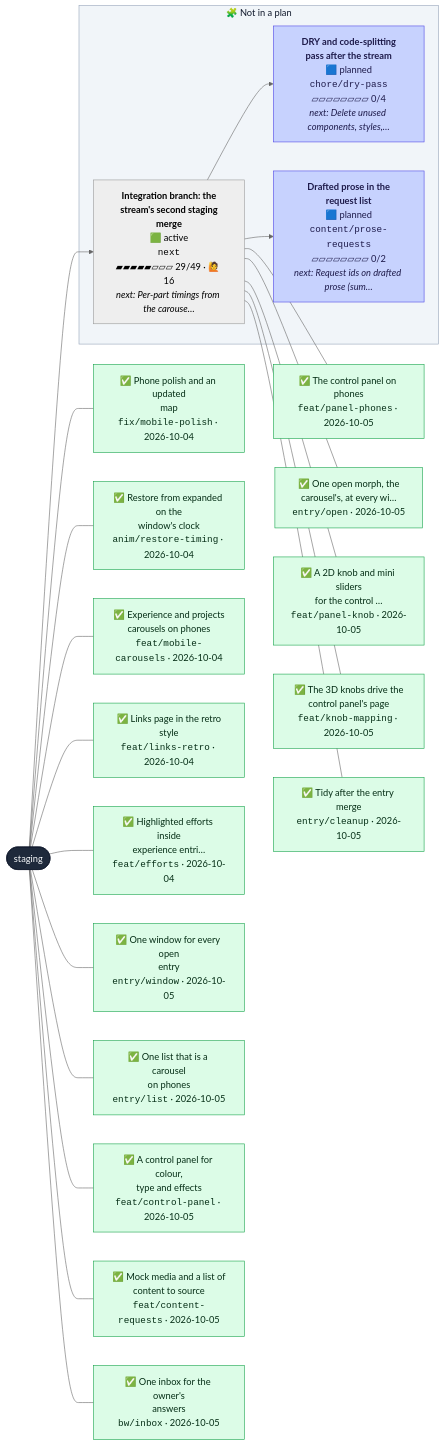
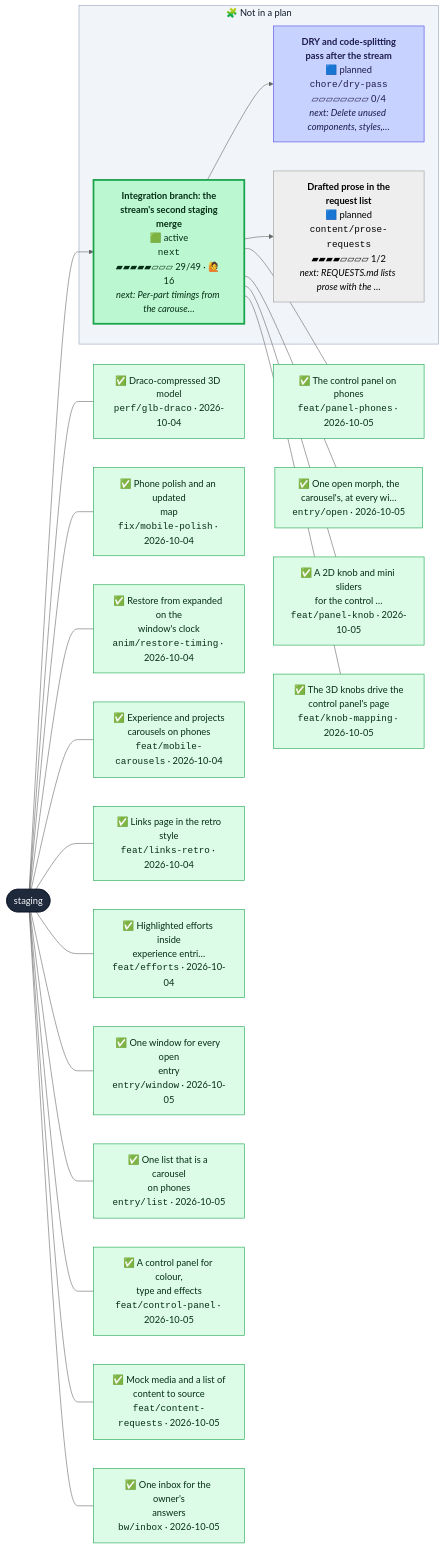
Before and after one commit to henryjonescodes/portfolio: the second of 2 diagrams in CONTRIBUTING.md, drawn with Mermaid (neutral theme). The commit also changed other lines of this file and 2 other files, not shown here.

````diff
--- a/CONTRIBUTING.md
+++ b/CONTRIBUTING.md
@@ -57,71 +57,71 @@
 ```mermaid
 flowchart LR
   n_staging([staging])
   class n_staging trunk
   subgraph loose["🧩 Not in a plan"]
     n_chore_dry_pass["<b>DRY and code-splitting<br/>pass after the stream</b><br/>🟦 planned<br/><code>chore/dry-pass</code><br/>▱▱▱▱▱▱▱▱ 0/4<br/><i>next: Delete unused components, styles,…</i>"]
     class n_chore_dry_pass planned
-    n_content_prose_requests["<b>Drafted prose in the<br/>request list</b><br/>🟦 planned<br/><code>content/prose-requests</code><br/>▱▱▱▱▱▱▱▱ 0/2<br/><i>next: Request ids on drafted prose (sum…</i>"]
-    class n_content_prose_requests planned
+    n_content_prose_requests["<b>Drafted prose in the<br/>request list</b><br/>🟦 planned<br/><code>content/prose-requests</code><br/>▰▰▰▰▱▱▱▱ 1/2<br/><i>next: REQUESTS.md lists prose with the …</i>"]
+    class n_content_prose_requests planned,current
     n_next["<b>Integration branch: the<br/>stream's second staging<br/>merge</b><br/>🟩 active<br/><code>next</code><br/>▰▰▰▰▰▱▱▱ 29/49 · 🙋 16<br/><i>next: Per-part timings from the carouse…</i>"]
-    class n_next active,current
+    class n_next active
   end
   style loose fill:#f1f5f9,stroke:#94a3b8,color:#0f172a
   n_next --> n_chore_dry_pass
   n_next --> n_content_prose_requests
   n_staging --> n_next
-  landed_0["✅ Phone polish and an updated<br/>map<br/><code>fix/mobile-polish</code> · 2026-10-04"]
+  landed_0["✅ Draco-compressed 3D model<br/><code>perf/glb-draco</code> · 2026-10-04"]
   class landed_0 merged
   n_staging --- landed_0
-  landed_1["✅ Restore from expanded on the<br/>window's clock<br/><code>anim/restore-timing</code> · 2026-10-04"]
+  landed_1["✅ Phone polish and an updated<br/>map<br/><code>fix/mobile-polish</code> · 2026-10-04"]
   class landed_1 merged
   n_staging --- landed_1
-  landed_2["✅ Experience and projects<br/>carousels on phones<br/><code>feat/mobile-carousels</code> · 2026-10-04"]
+  landed_2["✅ Restore from expanded on the<br/>window's clock<br/><code>anim/restore-timing</code> · 2026-10-04"]
   class landed_2 merged
   n_staging --- landed_2
-  landed_3["✅ Links page in the retro<br/>style<br/><code>feat/links-retro</code> · 2026-10-04"]
+  landed_3["✅ Experience and projects<br/>carousels on phones<br/><code>feat/mobile-carousels</code> · 2026-10-04"]
   class landed_3 merged
   n_staging --- landed_3
-  landed_4["✅ Highlighted efforts inside<br/>experience entri…<br/><code>feat/efforts</code> · 2026-10-04"]
+  landed_4["✅ Links page in the retro<br/>style<br/><code>feat/links-retro</code> · 2026-10-04"]
   class landed_4 merged
   n_staging --- landed_4
-  landed_5["✅ One window for every open<br/>entry<br/><code>entry/window</code> · 2026-10-05"]
+  landed_5["✅ Highlighted efforts inside<br/>experience entri…<br/><code>feat/efforts</code> · 2026-10-04"]
   class landed_5 merged
   n_staging --- landed_5
-  landed_6["✅ One list that is a carousel<br/>on phones<br/><code>entry/list</code> · 2026-10-05"]
+  landed_6["✅ One window for every open<br/>entry<br/><code>entry/window</code> · 2026-10-05"]
   class landed_6 merged
   n_staging --- landed_6
-  landed_7["✅ A control panel for colour,<br/>type and effects<br/><code>feat/control-panel</code> · 2026-10-05"]
+  landed_7["✅ One list that is a carousel<br/>on phones<br/><code>entry/list</code> · 2026-10-05"]
   class landed_7 merged
   n_staging --- landed_7
-  landed_8["✅ Mock media and a list of<br/>content to source<br/><code>feat/content-requests</code> · 2026-10-05"]
+  landed_8["✅ A control panel for colour,<br/>type and effects<br/><code>feat/control-panel</code> · 2026-10-05"]
   class landed_8 merged
   n_staging --- landed_8
-  landed_9["✅ One inbox for the owner's<br/>answers<br/><code>bw/inbox</code> · 2026-10-05"]
+  landed_9["✅ Mock media and a list of<br/>content to source<br/><code>feat/content-requests</code> · 2026-10-05"]
   class landed_9 merged
   n_staging --- landed_9
-  landed_10["✅ The control panel on phones<br/><code>feat/panel-phones</code> · 2026-10-05"]
+  landed_10["✅ One inbox for the owner's<br/>answers<br/><code>bw/inbox</code> · 2026-10-05"]
   class landed_10 merged
-  n_next --- landed_10
-  landed_11["✅ One open morph, the<br/>carousel's, at every wi…<br/><code>entry/open</code> · 2026-10-05"]
+  n_staging --- landed_10
+  landed_11["✅ The control panel on phones<br/><code>feat/panel-phones</code> · 2026-10-05"]
   class landed_11 merged
   n_next --- landed_11
-  landed_12["✅ A 2D knob and mini sliders<br/>for the control …<br/><code>feat/panel-knob</code> · 2026-10-05"]
+  landed_12["✅ One open morph, the<br/>carousel's, at every wi…<br/><code>entry/open</code> · 2026-10-05"]
   class landed_12 merged
   n_next --- landed_12
-  landed_13["✅ The 3D knobs drive the<br/>control panel's page<br/><code>feat/knob-mapping</code> · 2026-10-05"]
+  landed_13["✅ A 2D knob and mini sliders<br/>for the control …<br/><code>feat/panel-knob</code> · 2026-10-05"]
   class landed_13 merged
   n_next --- landed_13
-  landed_14["✅ Tidy after the entry merge<br/><code>entry/cleanup</code> · 2026-10-05"]
+  landed_14["✅ The 3D knobs drive the<br/>control panel's page<br/><code>feat/knob-mapping</code> · 2026-10-05"]
   class landed_14 merged
   n_next --- landed_14
   classDef merged fill:#dcfce7,stroke:#16a34a,color:#052e16
   classDef todo fill:#ffffff,stroke:#94a3b8,stroke-dasharray:2 2,color:#334155
   classDef planned fill:#c7d2fe,stroke:#4f46e5,color:#1e1b4b
   classDef sketched fill:#f8fafc,stroke:#64748b,stroke-dasharray:4 3,color:#334155
   classDef active fill:#bbf7d0,stroke:#16a34a,stroke-width:3px,color:#052e16
   classDef review fill:#fde68a,stroke:#d97706,stroke-width:3px,color:#451a03
   classDef blocked fill:#fecaca,stroke:#dc2626,stroke-width:3px,color:#450a0a
   classDef trunk fill:#1e293b,stroke:#0f172a,color:#f8fafc
   classDef current stroke:#0ea5e9,stroke-width:5px
 ```
````
